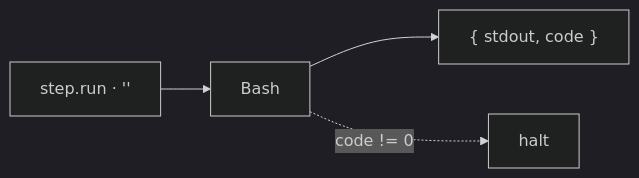
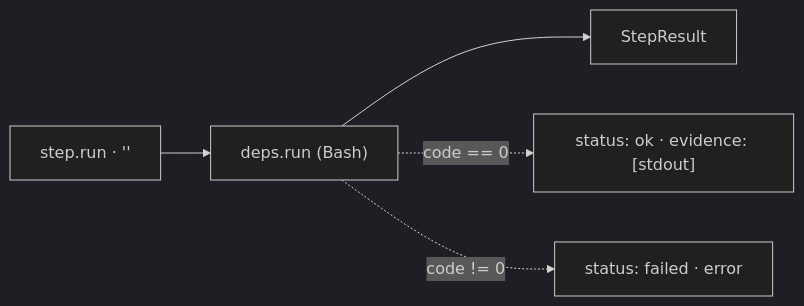
One commit to chafoo/anchored changed the diagram in docs/core/engine/scope/run-step.md. Above: the diagram before and after it, drawn with Mermaid (dark theme). The commit also changed other lines of this file and 1 other file, not shown here.

First line of the commit message:
docs: sync run-step + step-runner pages after the step-model refactor

````diff
--- a/docs/core/engine/scope/run-step.md
+++ b/docs/core/engine/scope/run-step.md
@@ -16,5 +19,6 @@
 ```mermaid
 flowchart LR
-    s["step.run · '<cmd>'"] --> bash["Bash"] --> o["{ stdout, code }"]
-    bash -. "code != 0" .-> halt["halt"]
+    s["step.run · '<cmd>'"] --> run["deps.run (Bash)"] --> o["StepResult"]
+    run -. "code == 0" .-> ok["status: ok · evidence: [stdout]"]
+    run -. "code != 0" .-> fail["status: failed · error"]
 ```
````
